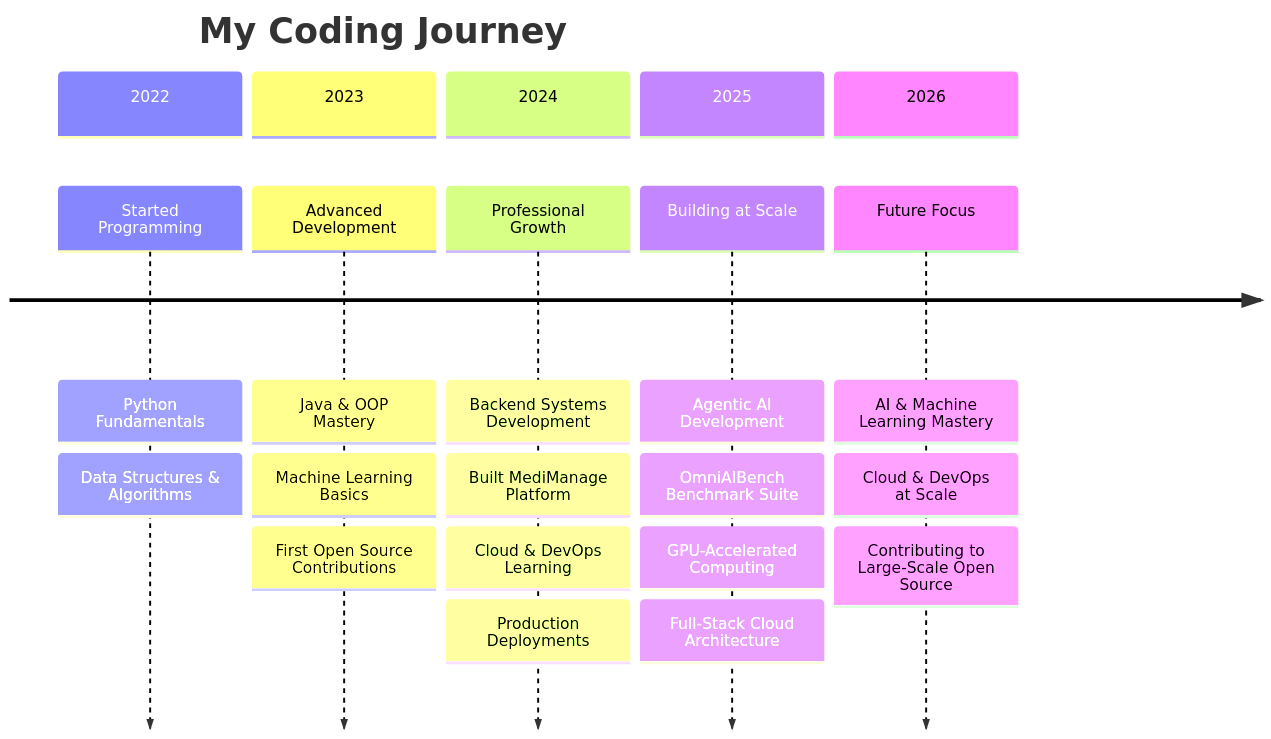
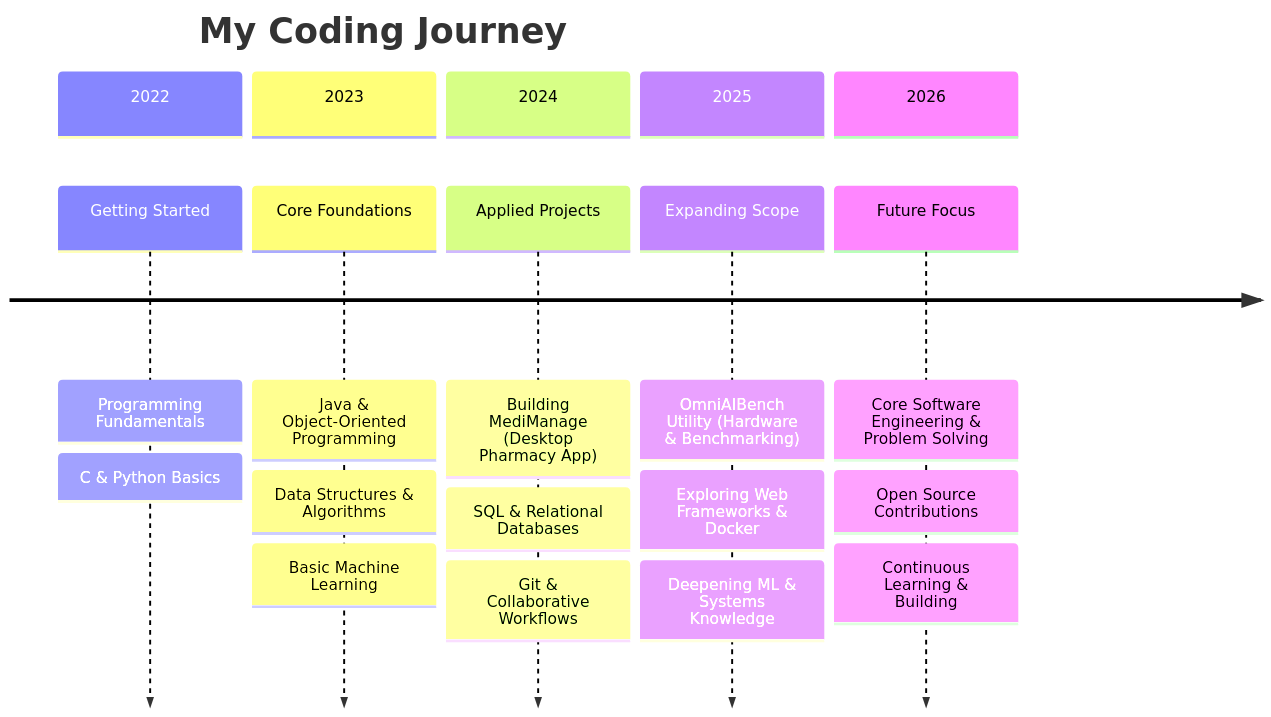
The diagram in README.md (vikash236/vikash236), drawn with Mermaid before and after one commit. The commit also changed other lines of this file, not shown here.

````diff
--- a/README.md
+++ b/README.md
@@ -477,25 +355,23 @@
 ```mermaid
 timeline
     title My Coding Journey
     section 2022
-        Started Programming : Python Fundamentals
-                            : Data Structures & Algorithms
+        Getting Started : Programming Fundamentals
+                        : C & Python Basics
     section 2023
-        Advanced Development : Java & OOP Mastery
-                             : Machine Learning Basics
-                             : First Open Source Contributions
+        Core Foundations : Java & Object-Oriented Programming
+                         : Data Structures & Algorithms
+                         : Basic Machine Learning
     section 2024
-        Professional Growth : Backend Systems Development
-                           : Built MediManage Platform
-                           : Cloud & DevOps Learning
-                           : Production Deployments
+        Applied Projects : Building MediManage (Desktop Pharmacy App)
+                         : SQL & Relational Databases
+                         : Git & Collaborative Workflows
     section 2025
-        Building at Scale : Agentic AI Development
-                          : OmniAIBench Benchmark Suite
-                          : GPU-Accelerated Computing
-                          : Full-Stack Cloud Architecture
+        Expanding Scope : OmniAIBench Utility (Hardware & Benchmarking)
+                        : Exploring Web Frameworks & Docker
+                        : Deepening ML & Systems Knowledge
     section 2026
-        Future Focus : AI & Machine Learning Mastery
-                     : Cloud & DevOps at Scale
-                     : Contributing to Large-Scale Open Source
+        Future Focus : Core Software Engineering & Problem Solving
+                     : Open Source Contributions
+                     : Continuous Learning & Building
 ```
````
